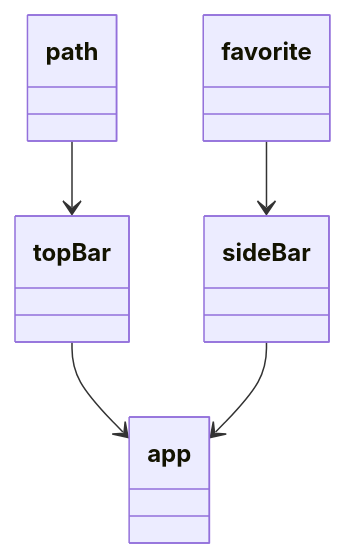
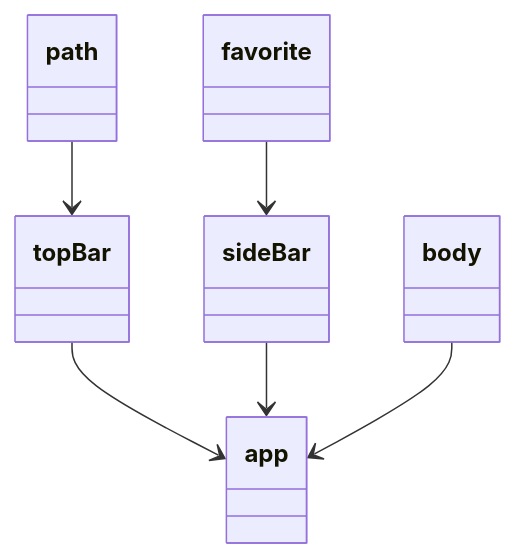
Before and after one commit to wes5510/voyl: the diagram in src/renderer/src/model.md, drawn with Mermaid. The commit also changed 6 other files, not shown here.

````diff
--- a/src/renderer/src/model.md
+++ b/src/renderer/src/model.md
@@ -1,13 +1,15 @@
 ```mermaid
 classDiagram
 	class app
   class topBar
   class sideBar
   class favorite
   class path
+  class body
 
 	topBar --> app
 	sideBar --> app
+  body --> app
   path --> topBar
   favorite --> sideBar
 ```
````
